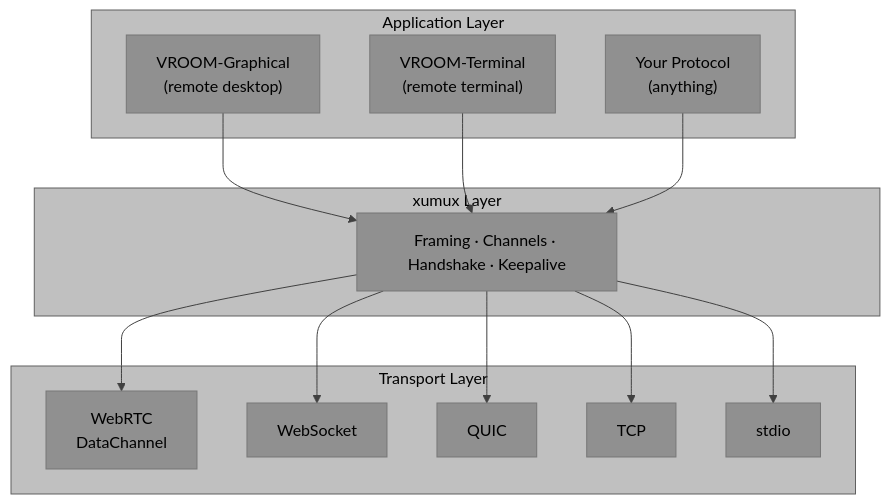
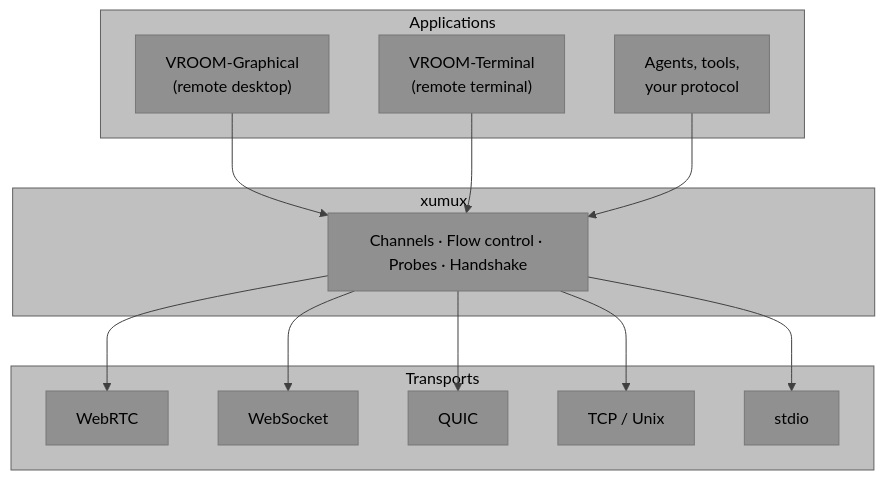
One commit to deftai/xumux changed the diagram in README.md. Above: the diagram before and after it, drawn with Mermaid. The commit also changed other lines of this file and 25 other files, not shown here.

````diff
--- a/README.md
+++ b/README.md
@@ -17,30 +11,27 @@
 ```mermaid
 %%{init: {'theme': 'base', 'themeVariables': {'primaryTextColor': '#000000', 'secondaryTextColor': '#000000', 'tertiaryTextColor': '#000000', 'noteTextColor': '#000000', 'primaryColor': '#909090', 'secondaryColor': '#808080', 'tertiaryColor': '#707070', 'lineColor': '#404040', 'clusterBkg': '#c0c0c0', 'clusterBorder': '#606060'}}}%%
 graph TB
-    subgraph "Application Layer"
+    subgraph "Applications"
         A1["VROOM-Graphical<br/>(remote desktop)"]
         A2["VROOM-Terminal<br/>(remote terminal)"]
-        A3["Your Protocol<br/>(anything)"]
+        A3["Agents, tools,<br/>your protocol"]
     end
-
-    subgraph "xumux Layer"
-        OM["Framing · Channels · Handshake · Keepalive"]
+    subgraph "xumux"
+        OM["Channels · Flow control · Probes · Handshake"]
     end
-
-    subgraph "Transport Layer"
-        T1["WebRTC<br/>DataChannel"]
+    subgraph "Transports"
+        T1["WebRTC"]
         T2["WebSocket"]
         T3["QUIC"]
-        T4["TCP"]
+        T4["TCP / Unix"]
         T5["stdio"]
     end
-
     A1 --> OM
     A2 --> OM
     A3 --> OM
     OM --> T1
     OM --> T2
     OM --> T3
     OM --> T4
     OM --> T5
 ```
````
